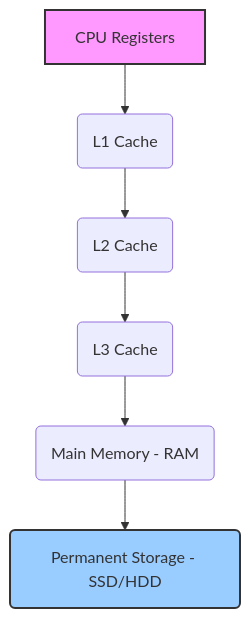
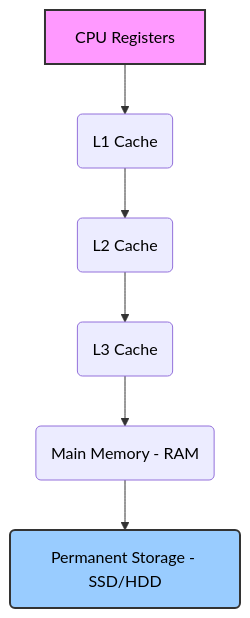
One commit to nv-mldev/system-design changed the diagram in mermaid-diagrams/02_memory_hierarchy.mmd. Above: the diagram before and after it, drawn with Mermaid. The commit also changed 22 other files, not shown here.

```diff
--- a/mermaid-diagrams/02_memory_hierarchy.mmd
+++ b/mermaid-diagrams/02_memory_hierarchy.mmd
@@ -1,8 +1,11 @@
 graph TD
     A[CPU Registers] --> B(L1 Cache);
     B --> C(L2 Cache);
     C --> D(L3 Cache);
     D --> E(Main Memory - RAM);
     E --> F(Permanent Storage - SSD/HDD);
-    style A fill:#f9f,stroke:#333,stroke-width:2px
-    style F fill:#9cf,stroke:#333,stroke-width:2px
+    style A fill:#f9f,stroke:#333,stroke-width:2px,color:#000000
+    style F fill:#9cf,stroke:#333,stroke-width:2px,color:#000000
+    
+    %% Default styling for other nodes
+    classDef default color:#000000
```
